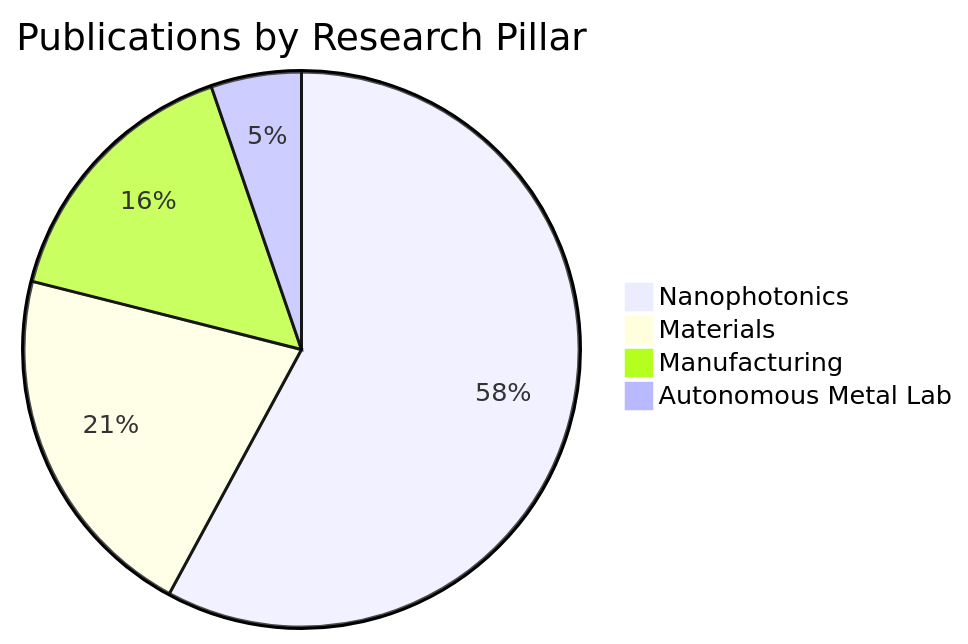
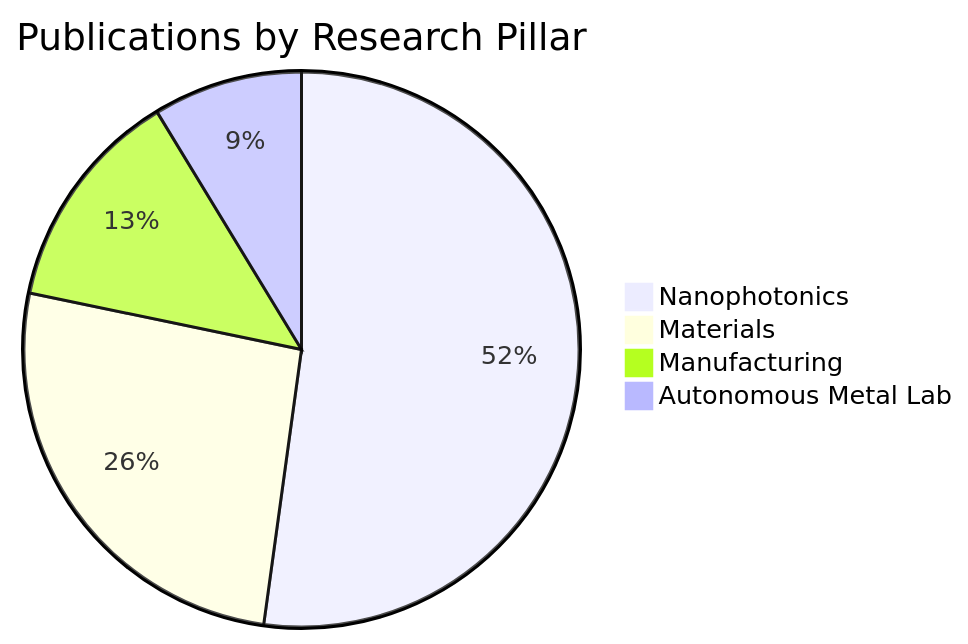
One commit to Chihun-Lee/Chihun-Lee.github.io changed the third of 6 diagrams in RESEARCH.md. Above: the diagram before and after it, drawn with Mermaid. The commit also changed other lines of this file, not shown here.

````diff
--- a/RESEARCH.md
+++ b/RESEARCH.md
@@ -152,7 +152,7 @@
 ```mermaid
 pie title Publications by Research Pillar
-    "Nanophotonics" : 11
-    "Materials" : 4
+    "Nanophotonics" : 12
+    "Materials" : 6
     "Manufacturing" : 3
-    "Autonomous Metal Lab" : 1
+    "Autonomous Metal Lab" : 2
 ```
````
